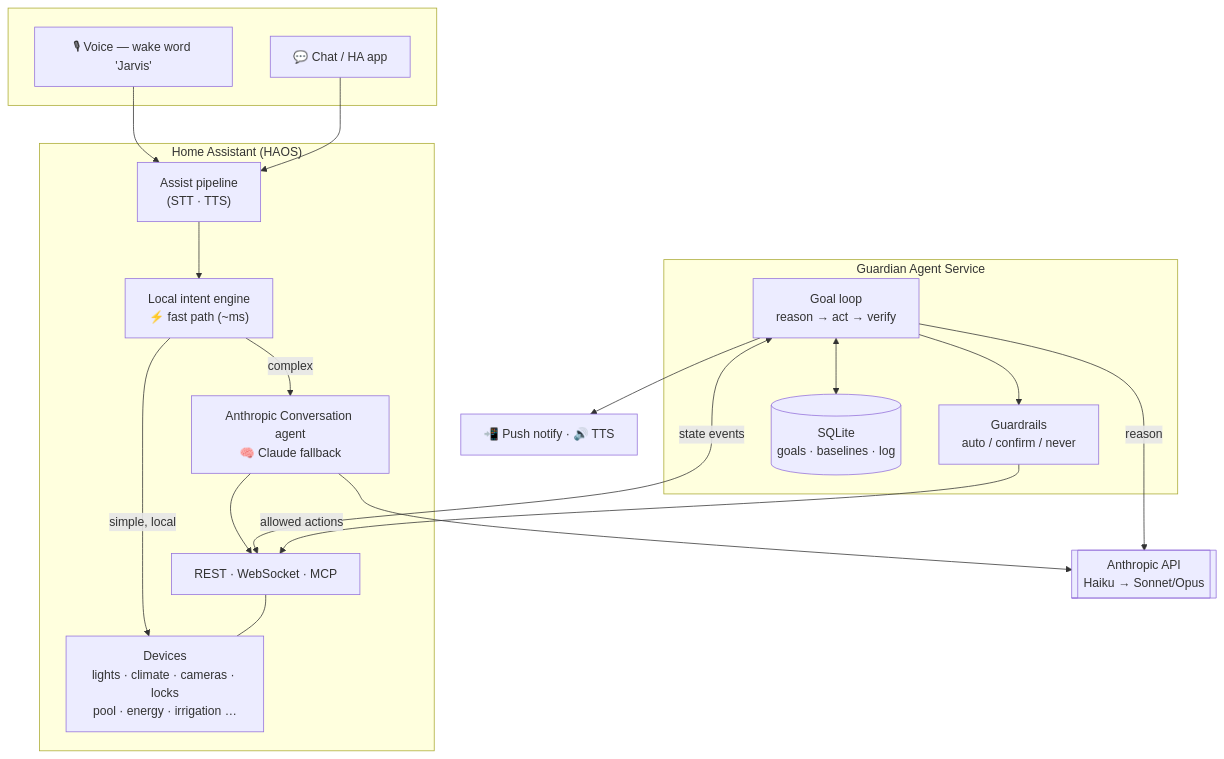
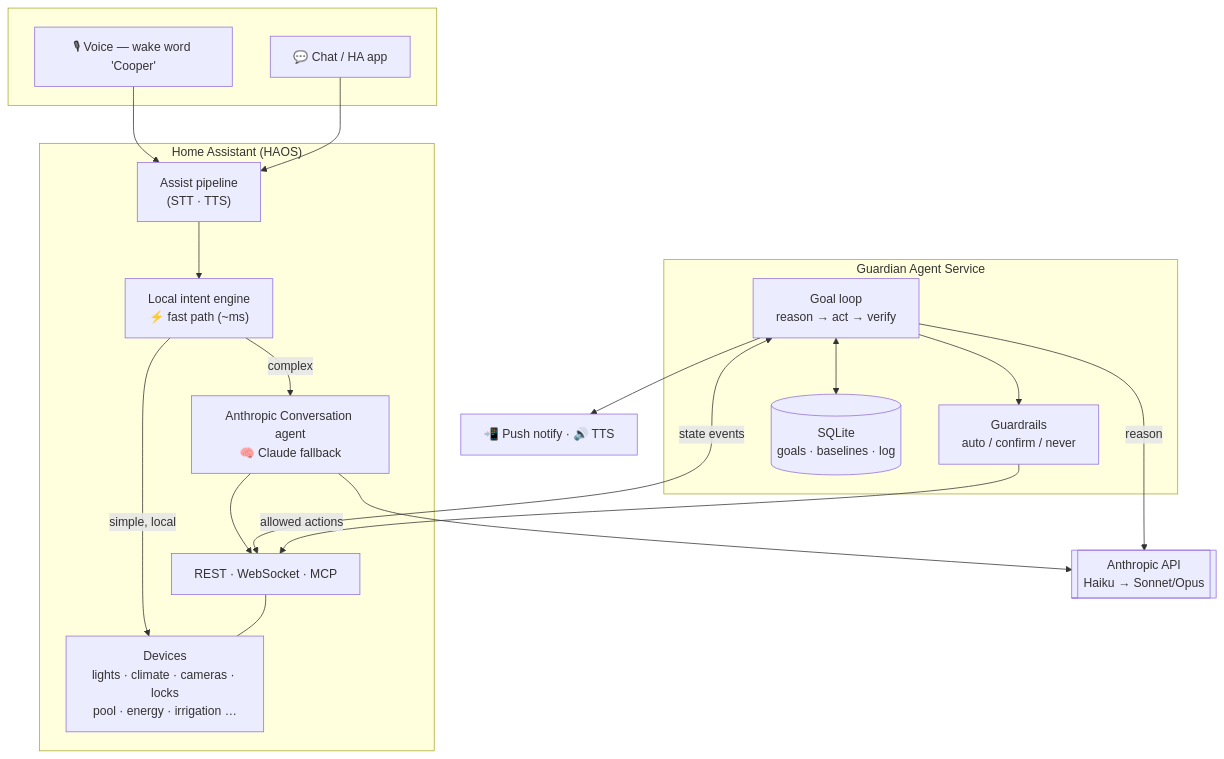
One commit to kunalkhosla/jarvis changed the diagram in README.md. Above: the diagram before and after it, drawn with Mermaid. The commit also changed other lines of this file and 9 other files, not shown here.

Commit message:
Rename: Jarvis -> Cooper (assistant name, repo, add-on, prompts, docs)

````diff
--- a/README.md
+++ b/README.md
@@ -15,40 +15,40 @@
 ```mermaid
 flowchart TB
     subgraph user[" "]
-      V["🎙 Voice — wake word 'Jarvis'"]
+      V["🎙 Voice — wake word 'Cooper'"]
       C["💬 Chat / HA app"]
     end
 
     subgraph ha["Home Assistant (HAOS)"]
       ASSIST["Assist pipeline<br/>(STT · TTS)"]
       INTENT["Local intent engine<br/>⚡ fast path (~ms)"]
       CONV["Anthropic Conversation agent<br/>🧠 Claude fallback"]
       API["REST · WebSocket · MCP"]
       DEV["Devices<br/>lights · climate · cameras · locks<br/>pool · energy · irrigation …"]
     end
 
     subgraph agent["Guardian Agent Service"]
       LOOP["Goal loop<br/>reason → act → verify"]
       GUARD["Guardrails<br/>auto / confirm / never"]
       DB[("SQLite<br/>goals · baselines · log")]
     end
 
     CLAUDE[["Anthropic API<br/>Haiku → Sonnet/Opus"]]
     OUT["📲 Push notify · 🔊 TTS"]
 
     V --> ASSIST
     C --> ASSIST
     ASSIST --> INTENT
     INTENT -->|simple, local| DEV
     INTENT -->|complex| CONV
     CONV --> CLAUDE
     CONV --> API
 
     LOOP <-->|state events| API
     LOOP -->|reason| CLAUDE
     LOOP --> GUARD
     GUARD -->|allowed actions| API
     API --- DEV
     LOOP <--> DB
     LOOP --> OUT
 ```
````
